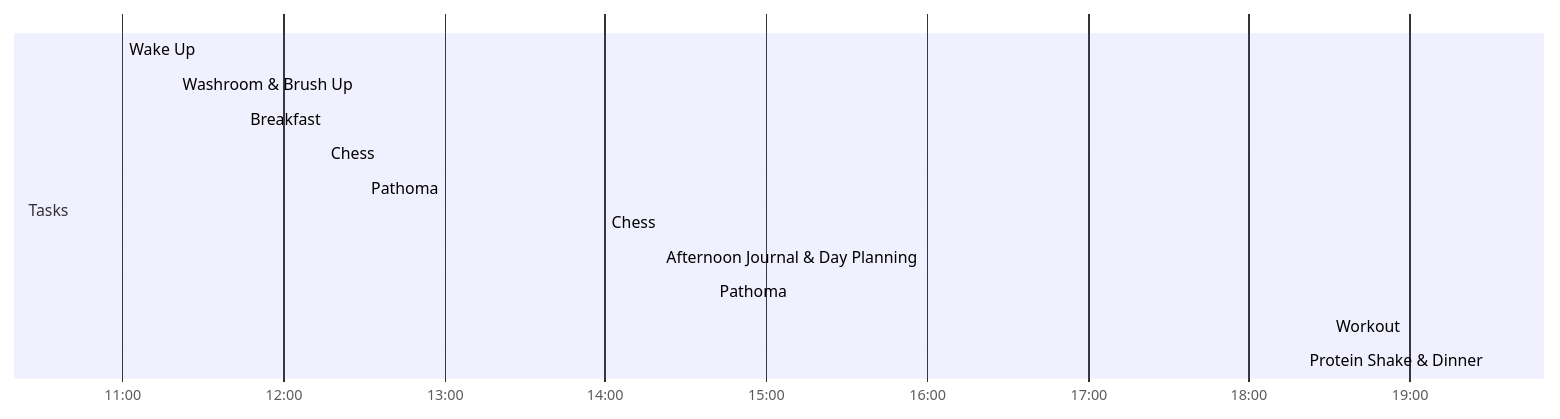
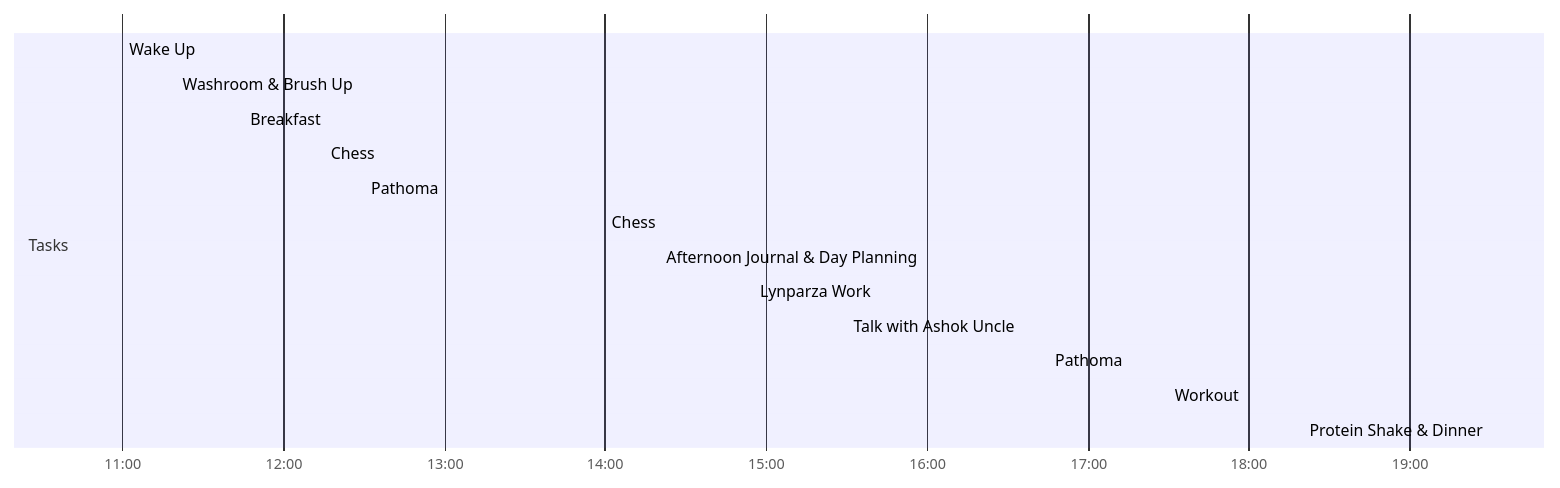
Before and after one commit to nihitkhandelwal-eng/The_Brainforest: the diagram in 🌱 Journal/2022/Quarter 2/05-May/22-May-22.md, drawn with Mermaid. The commit also changed other lines of this file, not shown here.

Commit message:
Auto Backup: 22-May-22 16:57
Affected files:
🌱 Journal/2022/Quarter 2/05-May/22-May-22.md

````diff
--- a/🌱 Journal/2022/Quarter 2/05-May/22-May-22.md
+++ b/🌱 Journal/2022/Quarter 2/05-May/22-May-22.md
@@ -22,19 +22,21 @@
 ```mermaid
 gantt
     dateFormat  HH-mm
     axisFormat %H:%M
-    %% Current Time: 2:36:43 PM
+    %% Current Time: 4:57:43 PM
     section Tasks
     Wake Up     :11-00, 20mm
     Washroom & Brush Up     :11-20, 25mm
     Breakfast     :11-45, 30mm
     Chess     :12-15, 15mm
     Pathoma     :12-30, 90mm
     Chess     :14-00, 20mm
-    Afternoon Journal & Day Planning     :14-20, 20mm
-    Pathoma     :14-40, 230mm
-    Workout     :18-30, 60mm
+    Afternoon Journal & Day Planning     :14-20, 35mm
+    Lynparza Work     :14-55, 35mm
+    Talk with Ashok Uncle     :15-30, 75mm
+    Pathoma     :16-45, 45mm
+    Workout     :17-30, 120mm
     Protein Shake & Dinner     :19-30, 0mm
     section Breaks
 
 ```
````
